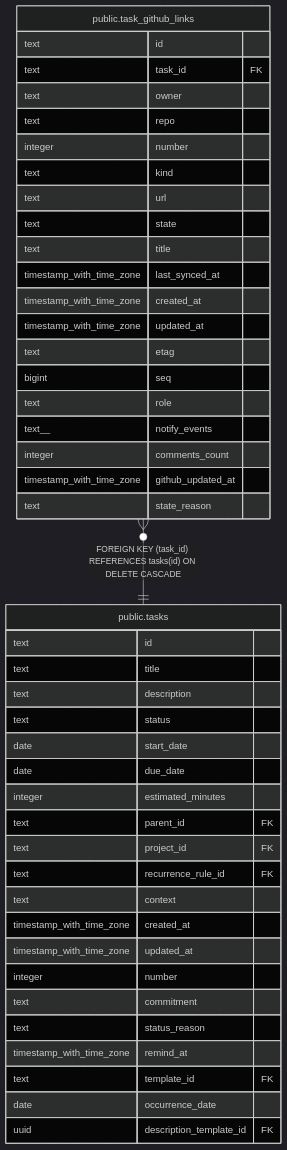
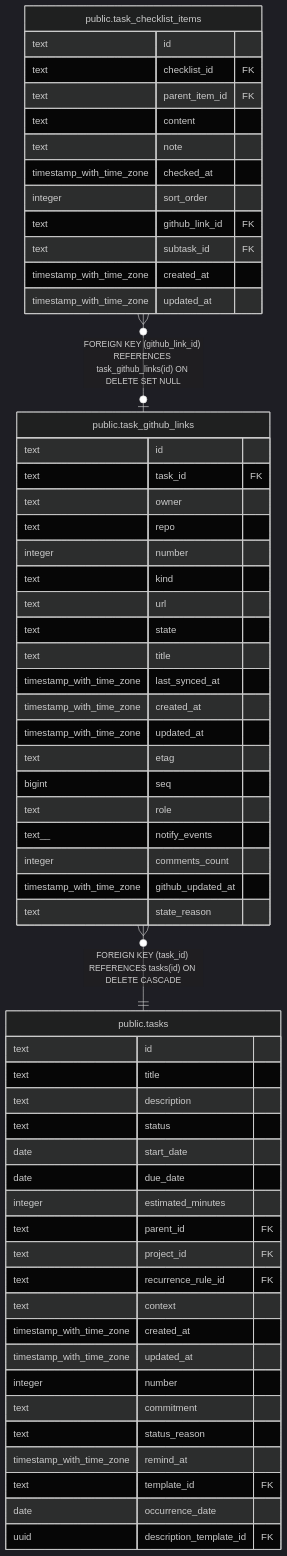
One commit to fohte/tq changed the diagram in api/docs/db/public.task_github_links.md. Above: the diagram before and after it, drawn with Mermaid (dark theme). The commit also changed other lines of this file and 26 other files, not shown here.

First line of the commit message:
checklist: add nested task checklists

````diff
--- a/api/docs/db/public.task_github_links.md
+++ b/api/docs/db/public.task_github_links.md
@@ -67,49 +67,63 @@
 ```mermaid
 erDiagram
 
 "public.task_github_links" }o--|| "public.tasks" : "FOREIGN KEY (task_id) REFERENCES tasks(id) ON DELETE CASCADE"
+"public.task_checklist_items" }o--o| "public.task_github_links" : "FOREIGN KEY (github_link_id) REFERENCES task_github_links(id) ON DELETE SET NULL"
 
 "public.task_github_links" {
   text id
   text task_id FK
   text owner
   text repo
   integer number
   text kind
   text url
   text state
   text title
   timestamp_with_time_zone last_synced_at
   timestamp_with_time_zone created_at
   timestamp_with_time_zone updated_at
   text etag
   bigint seq
   text role
   text__ notify_events
   integer comments_count
   timestamp_with_time_zone github_updated_at
   text state_reason
 }
 "public.tasks" {
   text id
   text title
   text description
   text status
   date start_date
   date due_date
   integer estimated_minutes
   text parent_id FK
   text project_id FK
   text recurrence_rule_id FK
   text context
   timestamp_with_time_zone created_at
   timestamp_with_time_zone updated_at
   integer number
   text commitment
   text status_reason
   timestamp_with_time_zone remind_at
   text template_id FK
   date occurrence_date
   uuid description_template_id FK
 }
+"public.task_checklist_items" {
+  text id
+  text checklist_id FK
+  text parent_item_id FK
+  text content
+  text note
+  timestamp_with_time_zone checked_at
+  integer sort_order
+  text github_link_id FK
+  text subtask_id FK
+  timestamp_with_time_zone created_at
+  timestamp_with_time_zone updated_at
+}
 ```
````
